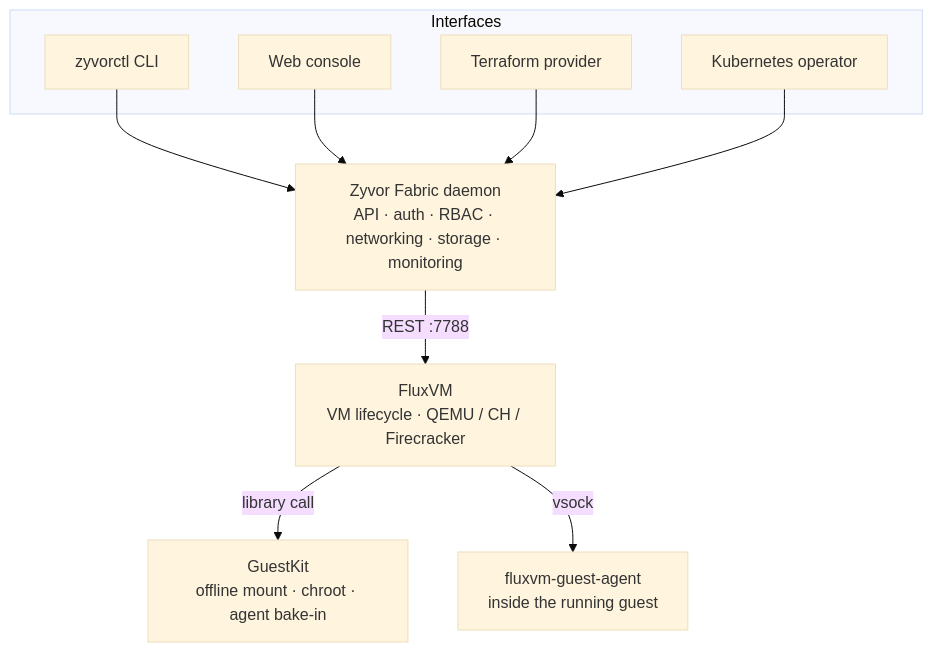
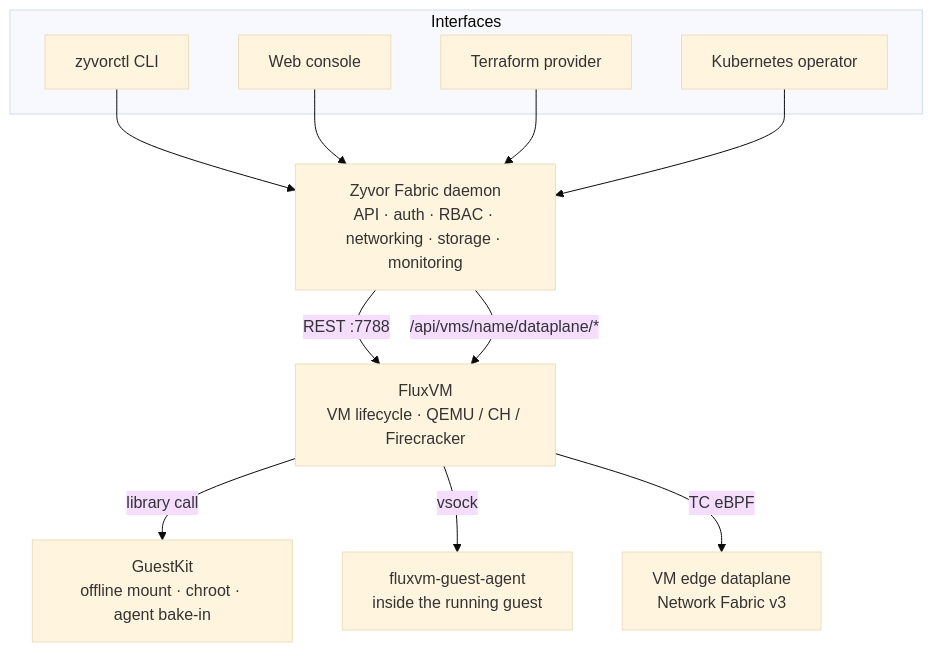
One commit to zyvorai/fabric changed the first of 3 diagrams in README.md. Above: the diagram before and after it, drawn with Mermaid (base theme). The commit also changed other lines of this file and 23 other files, not shown here.

First line of the commit message:
Expose FluxVM Network Fabric v3 through Fabric API, CLI, and UI.

````diff
--- a/README.md
+++ b/README.md
@@ -183,18 +183,20 @@
 ```mermaid
 flowchart TB
   subgraph Interfaces
     CLI[zyvorctl CLI]
     Web[Web console]
     TF[Terraform provider]
     Op[Kubernetes operator]
   end
   CLI --> Daemon
   Web --> Daemon
   TF --> Daemon
   Op --> Daemon
 
   Daemon[Zyvor Fabric daemon<br/>API · auth · RBAC · networking · storage · monitoring]
   Daemon -- REST :7788 --> Flux[FluxVM<br/>VM lifecycle · QEMU / CH / Firecracker]
   Flux -- library call --> GK[GuestKit<br/>offline mount · chroot · agent bake-in]
   Flux -- vsock --> Agent[fluxvm-guest-agent<br/>inside the running guest]
+  Daemon -- "/api/vms/name/dataplane/*" --> Flux
+  Flux -- TC eBPF --> Edge[VM edge dataplane<br/>Network Fabric v3]
 ```
````
